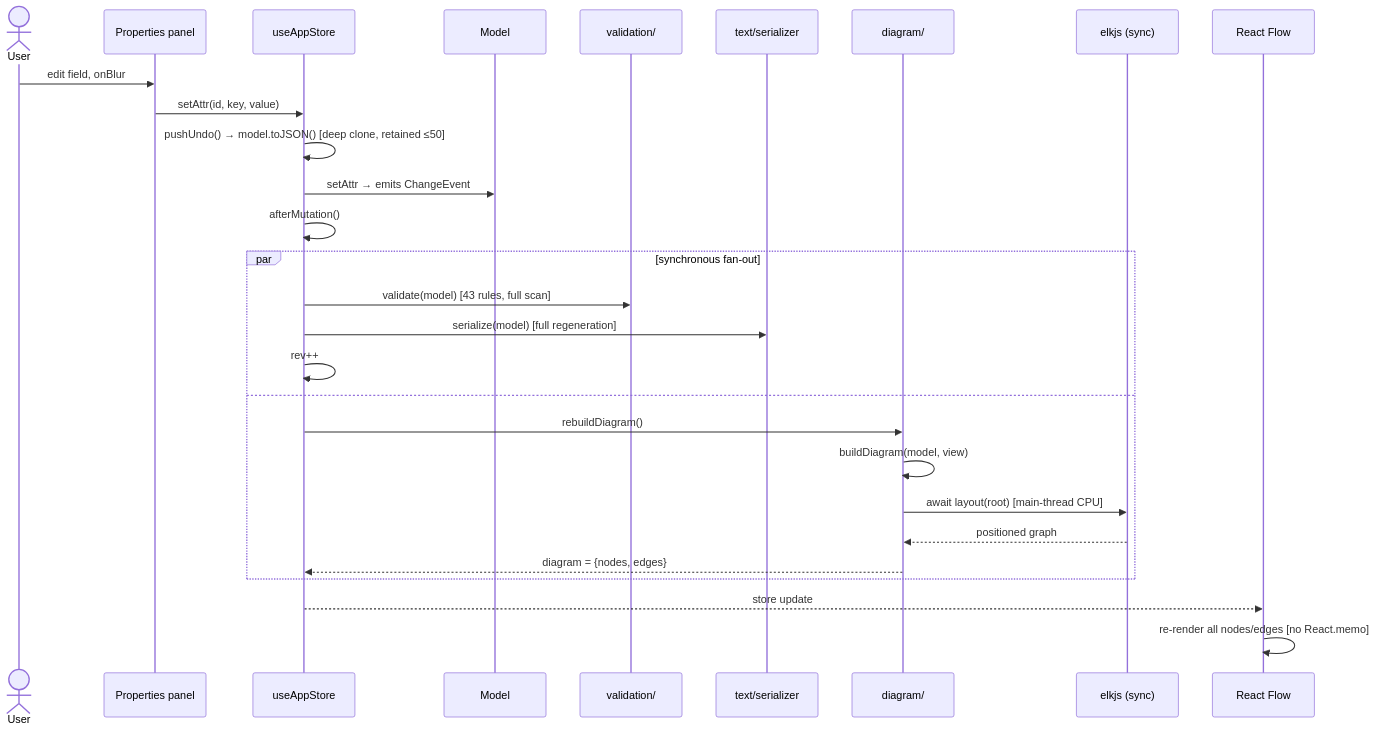
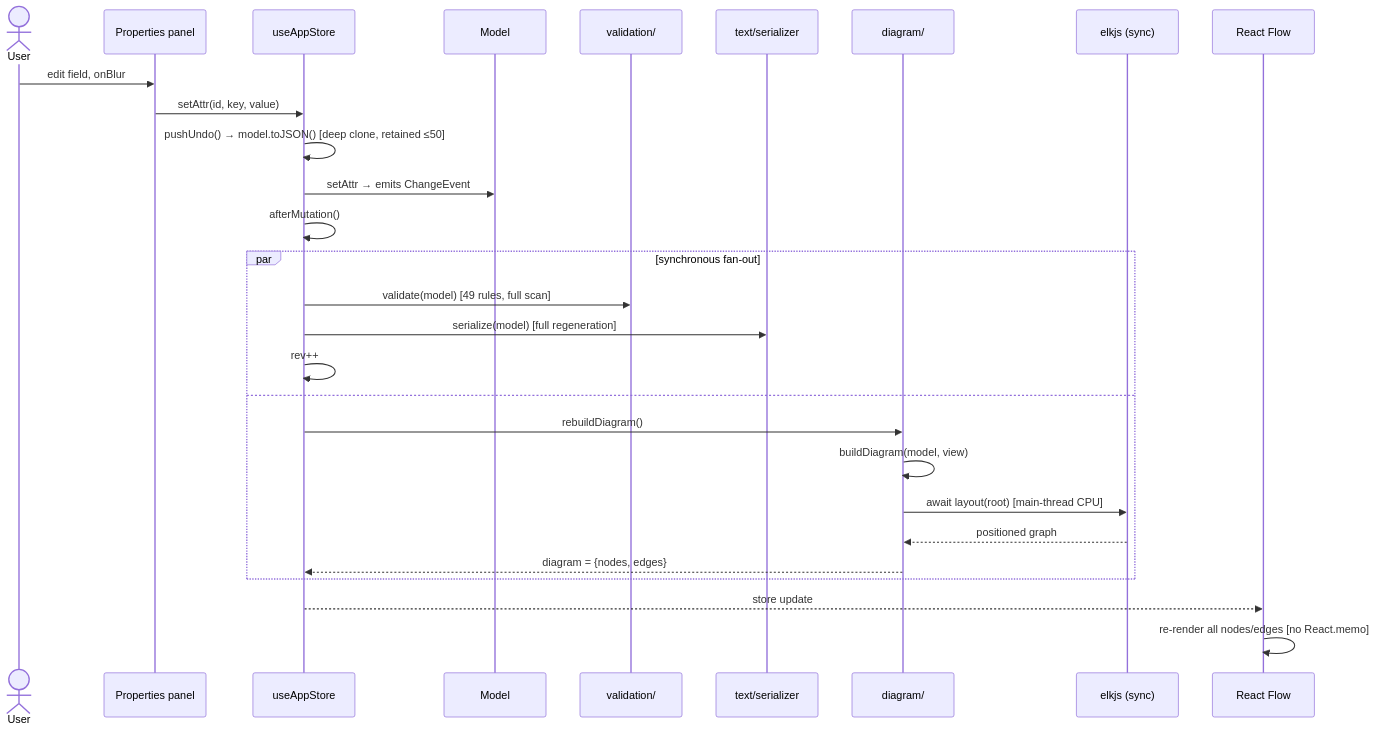
One commit to cosmindxu/sysprose changed the second of 8 diagrams in docs/architecture/06-sequence-diagrams.md. Above: the diagram before and after it, drawn with Mermaid. The commit also changed 12 other files, not shown here.

First line of the commit message:
Block-diagram structural fences wave 2: subset-type-conformance, disjoint-sum-exceeds, enum-value-not-member, value-multiplicity-mismatch, specialization-kind-incompatible, unresolved-value-chain (BD3, BD6-BD9, BD11), all warnings

````diff
--- a/docs/architecture/06-sequence-diagrams.md
+++ b/docs/architecture/06-sequence-diagrams.md
@@ -30,31 +30,31 @@
 ```mermaid
 sequenceDiagram
     actor U as User
     participant P as Properties panel
     participant S as useAppStore
     participant M as Model
     participant V as validation/
     participant T as text/serializer
     participant D as diagram/
     participant ELK as elkjs (sync)
     participant RF as React Flow
 
     U->>P: edit field, onBlur
     P->>S: setAttr(id, key, value)
     S->>S: pushUndo() → model.toJSON() [deep clone, retained ≤50]
     S->>M: setAttr → emits ChangeEvent
     S->>S: afterMutation()
     par synchronous fan-out
-        S->>V: validate(model) [43 rules, full scan]
+        S->>V: validate(model) [49 rules, full scan]
         S->>T: serialize(model) [full regeneration]
         S->>S: rev++
     and
         S->>D: rebuildDiagram()
         D->>D: buildDiagram(model, view)
         D->>ELK: await layout(root) [main-thread CPU]
         ELK-->>D: positioned graph
         D-->>S: diagram = {nodes, edges}
     end
     S-->>RF: store update
     RF->>RF: re-render all nodes/edges [no React.memo]
 ```
````
